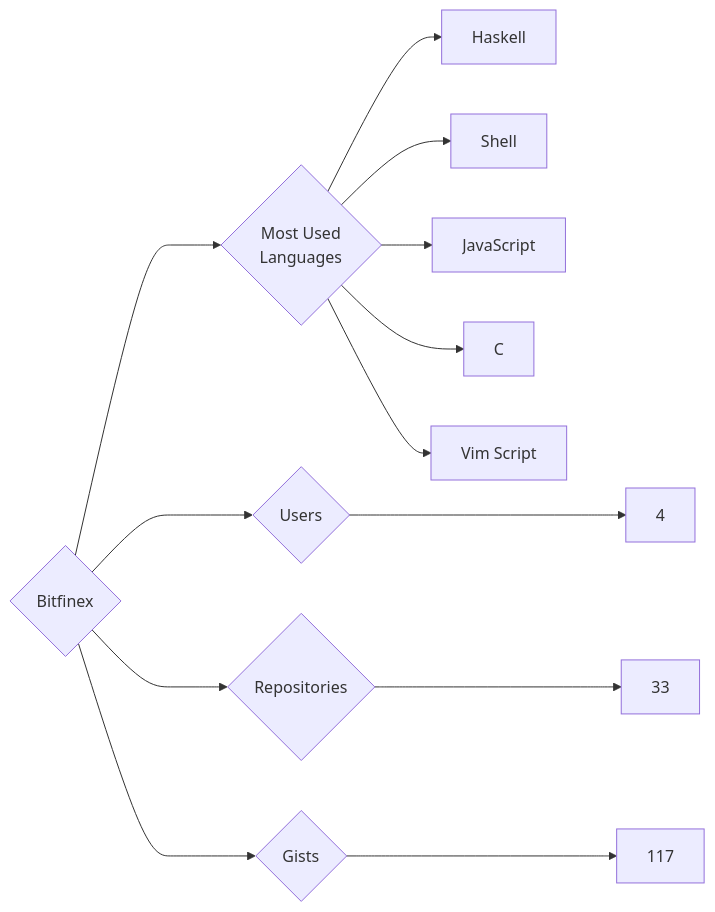
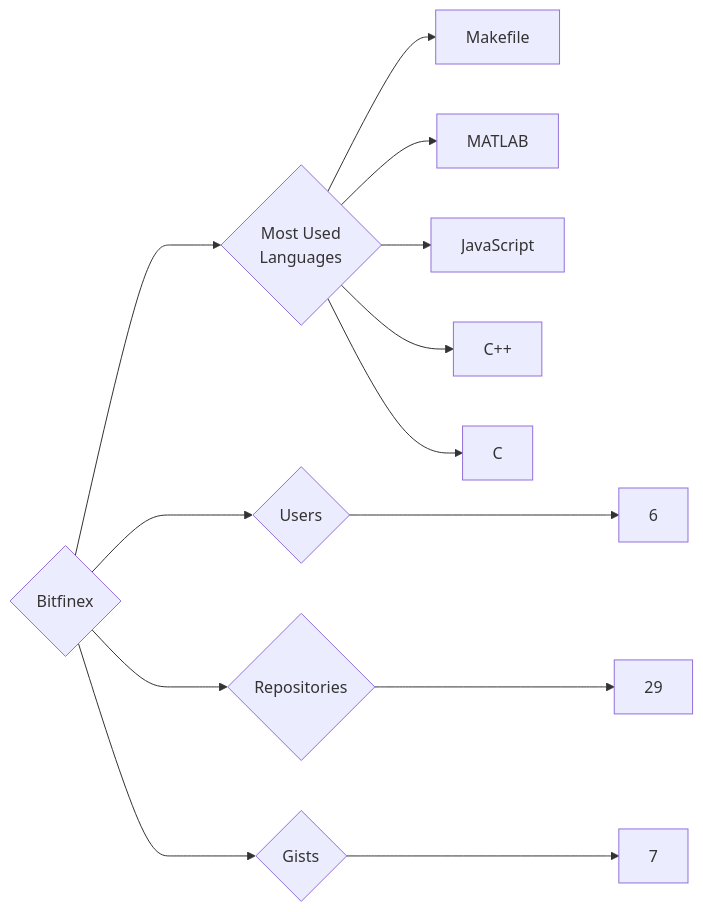
The diagram in targets/Bitfinex/README.md (trickest/insiders), drawn with Mermaid before and after one commit. The commit also changed 988 other files, not shown here.

````diff
--- a/targets/Bitfinex/README.md
+++ b/targets/Bitfinex/README.md
@@ -3,13 +3,13 @@
 ```mermaid
 graph LR
 COMPANY_NAME{Bitfinex}
-COMPANY_NAME ---> U{Users} ---> UN[4]
-COMPANY_NAME ---> R{Repositories} ---> RN[33]
-COMPANY_NAME ---> G{Gists} ---> GN[117]
+COMPANY_NAME ---> U{Users} ---> UN[6]
+COMPANY_NAME ---> R{Repositories} ---> RN[29]
+COMPANY_NAME ---> G{Gists} ---> GN[7]
 COMPANY_NAME ---> ML{Most Used<br>Languages}
-ML --> Haskell[Haskell]
-ML --> Shell[Shell]
+ML --> Makefile[Makefile]
+ML --> MATLAB[MATLAB]
 ML --> JavaScript[JavaScript]
+ML --> C++[C++]
 ML --> C[C]
-ML --> Vim_Script[Vim Script]
 ```
````
